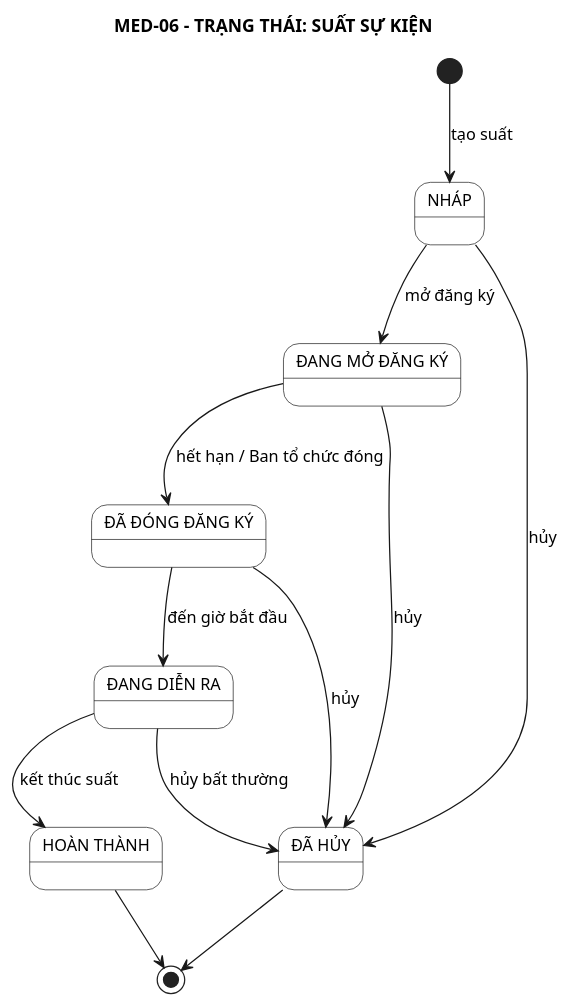
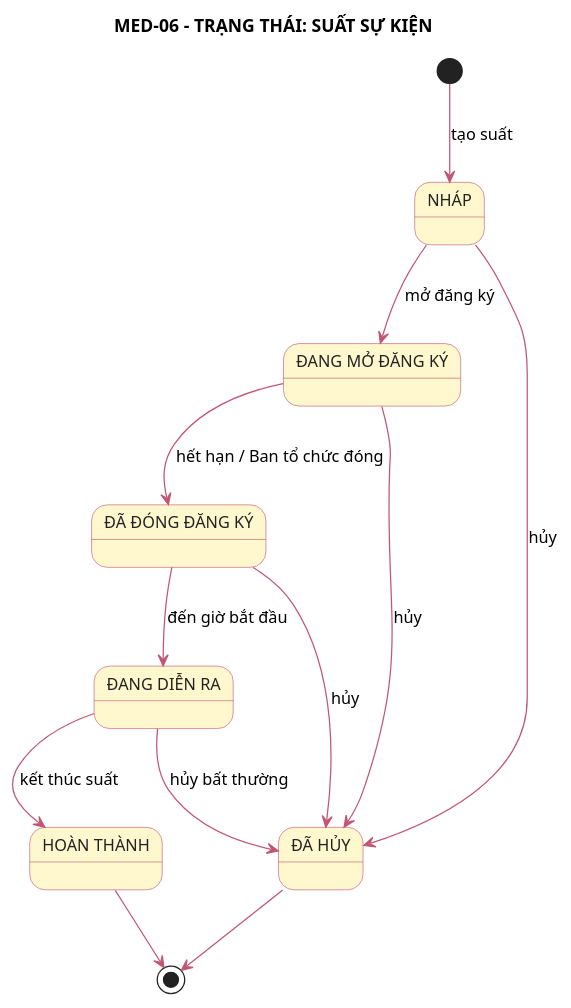
Before and after one commit to anh632k-ui/OOP-DoAn: the diagram in PTTK/07_State/03-event-session-state.puml, drawn with PlantUML. The commit also changed 4 other files, not shown here.

Commit message:
style(pttk): hoàn thiện State/Architecture và biên bản rà soát 5 lượt

```diff
--- a/PTTK/07_State/03-event-session-state.puml
+++ b/PTTK/07_State/03-event-session-state.puml
@@ -1,28 +1,28 @@
 @startuml
-skinparam monochrome true
 skinparam shadowing false
 skinparam defaultFontSize 13
 skinparam state {
-  BackgroundColor White
-  BorderColor Black
-  FontColor Black
+ BackgroundColor #FFF8CE
+ BorderColor #C05773
+ ArrowColor #C05773
+ FontColor #222222
 }
 title MED-06 - TRẠNG THÁI: SUẤT SỰ KIỆN
 state "NHÁP" as Nhap
 state "ĐANG MỞ ĐĂNG KÝ" as MoDangKy
 state "ĐÃ ĐÓNG ĐĂNG KÝ" as DongDangKy
 state "ĐANG DIỄN RA" as DangDienRa
 state "HOÀN THÀNH" as HoanThanh
 state "ĐÃ HỦY" as DaHuy
 [*] --> Nhap : tạo suất
 Nhap --> MoDangKy : mở đăng ký
 MoDangKy --> DongDangKy : hết hạn / Ban tổ chức đóng
 DongDangKy --> DangDienRa : đến giờ bắt đầu
 DangDienRa --> HoanThanh : kết thúc suất
 HoanThanh --> [*]
 Nhap --> DaHuy : hủy
 MoDangKy --> DaHuy : hủy
 DongDangKy --> DaHuy : hủy
 DangDienRa --> DaHuy : hủy bất thường
 DaHuy --> [*]
 @enduml
```
